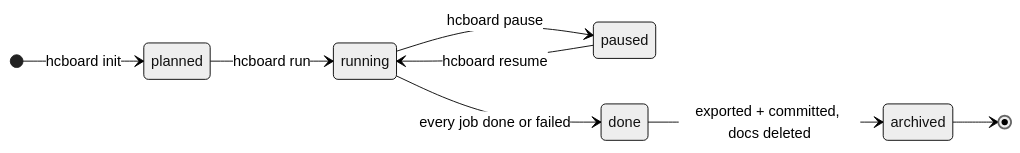
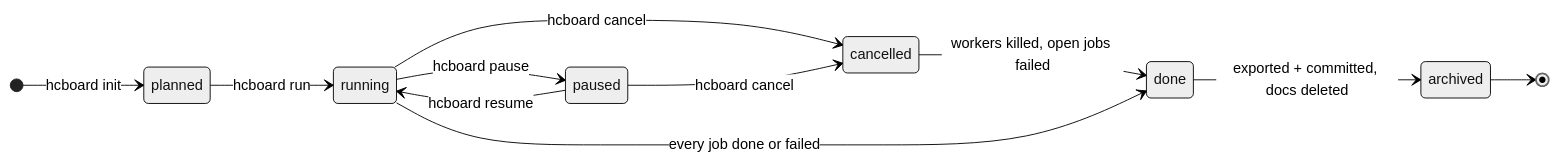
Before and after one commit to pratiksridhar/hc-orchestrate: the eighth of 9 diagrams in README.md, drawn with Mermaid (neutral theme). The commit also changed other lines of this file and 8 other files, not shown here.

````diff
--- a/README.md
+++ b/README.md
@@ -218,11 +225,14 @@
 ```mermaid
 stateDiagram-v2
     direction LR
     [*] --> planned: hcboard init
     planned --> running: hcboard run
     running --> paused: hcboard pause
     paused --> running: hcboard resume
+    running --> cancelled: hcboard cancel
+    paused --> cancelled: hcboard cancel
+    cancelled --> done: workers killed, open jobs failed
     running --> done: every job done or failed
     done --> archived: exported + committed, docs deleted
     archived --> [*]
 ```
````
